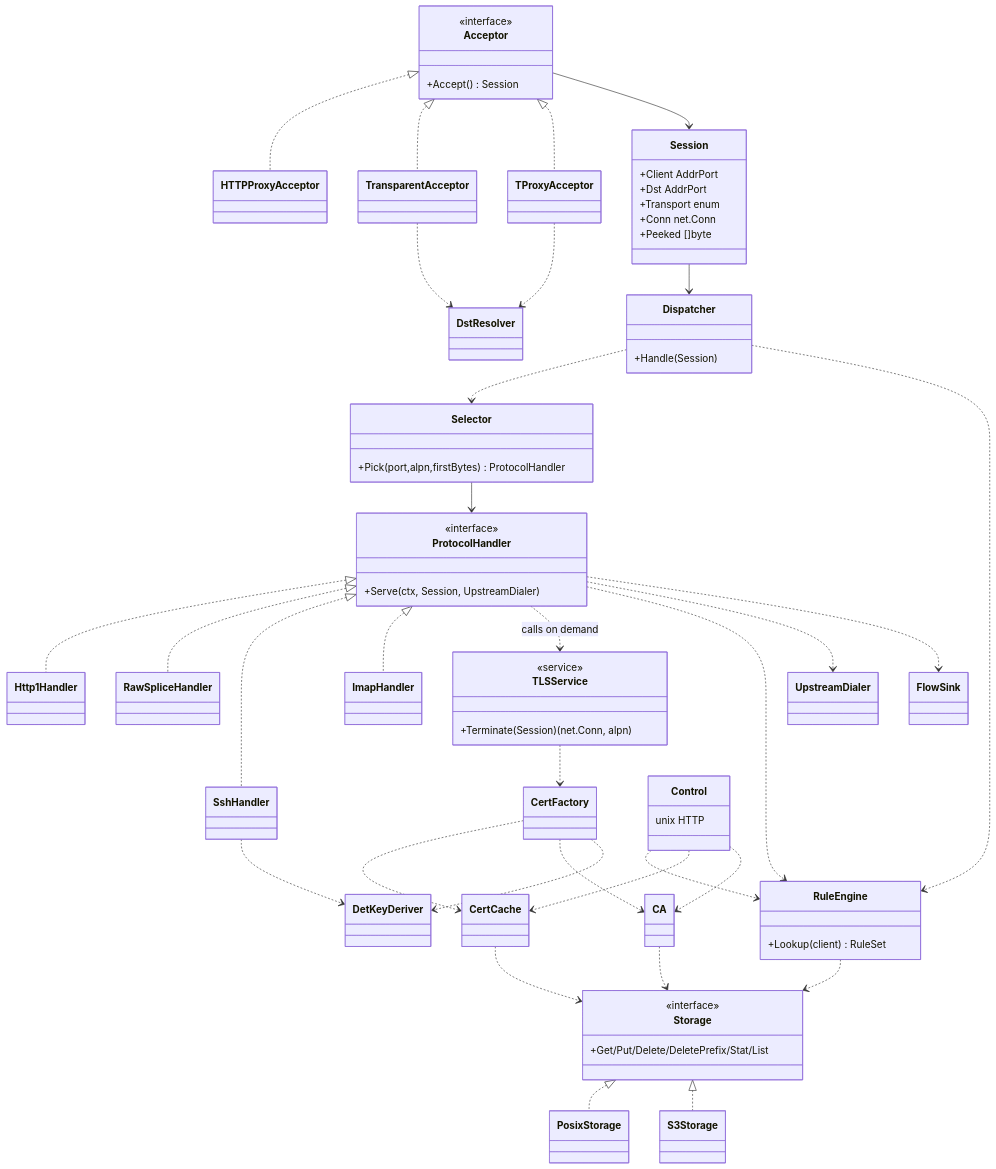
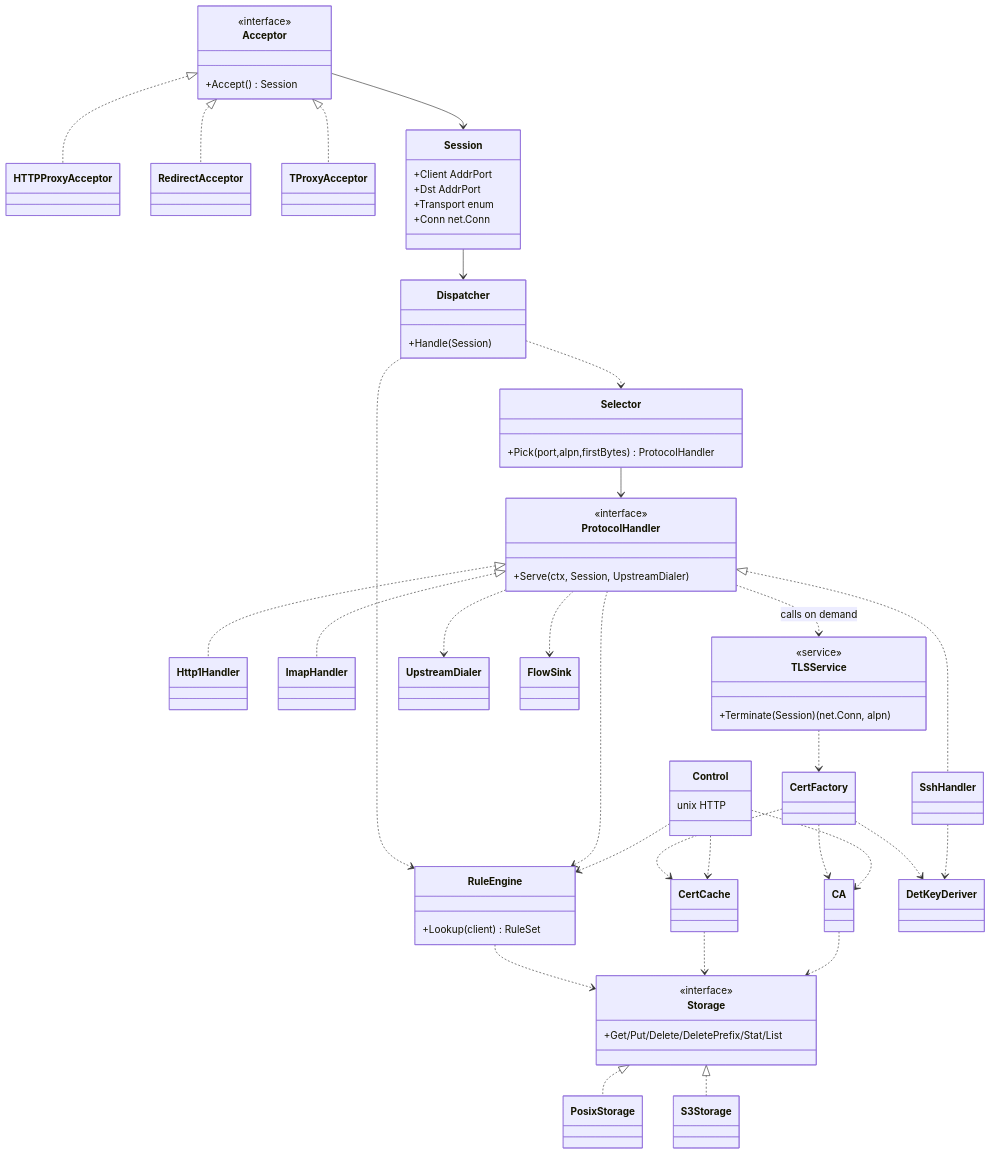
The diagram in DESIGN.md (mosquito/mitmania), drawn with Mermaid before and after one commit. The commit also changed other lines of this file and 26 other files, not shown here.

````diff
--- a/DESIGN.md
+++ b/DESIGN.md
@@ -23,70 +23,65 @@
 ```mermaid
 classDiagram
     class Acceptor {
         <<interface>>
         +Accept() Session
     }
     class HTTPProxyAcceptor
-    class TransparentAcceptor
+    class RedirectAcceptor
     class TProxyAcceptor
     Acceptor <|.. HTTPProxyAcceptor
-    Acceptor <|.. TransparentAcceptor
+    Acceptor <|.. RedirectAcceptor
     Acceptor <|.. TProxyAcceptor
-    TransparentAcceptor ..> DstResolver
-    TProxyAcceptor ..> DstResolver
     class Session {
         +Client AddrPort
         +Dst AddrPort
         +Transport enum
         +Conn net.Conn
-        +Peeked []byte
     }
     Acceptor --> Session
     class Dispatcher { +Handle(Session) }
     Dispatcher ..> Selector
     Dispatcher ..> RuleEngine
     Session --> Dispatcher
     class Selector { +Pick(port,alpn,firstBytes) ProtocolHandler }
     class ProtocolHandler {
         <<interface>>
         +Serve(ctx, Session, UpstreamDialer)
     }
     Selector --> ProtocolHandler
     class Http1Handler
-    class RawSpliceHandler
     class SshHandler
     class ImapHandler
     ProtocolHandler <|.. Http1Handler
-    ProtocolHandler <|.. RawSpliceHandler
     ProtocolHandler <|.. SshHandler
     ProtocolHandler <|.. ImapHandler
     class TLSService {
         <<service>>
         +Terminate(Session) (net.Conn, alpn)
     }
     ProtocolHandler ..> TLSService : calls on demand
     ProtocolHandler ..> RuleEngine
     ProtocolHandler ..> UpstreamDialer
     ProtocolHandler ..> FlowSink
     TLSService ..> CertFactory
     CertFactory ..> CertCache
     CertFactory ..> CA
     CertFactory ..> DetKeyDeriver
     SshHandler ..> DetKeyDeriver
     class RuleEngine { +Lookup(client) RuleSet }
     class Storage {
         <<interface>>
         +Get/Put/Delete/DeletePrefix/Stat/List
     }
     RuleEngine ..> Storage
     CertCache ..> Storage
     CA ..> Storage
     class PosixStorage
     class S3Storage
     Storage <|.. PosixStorage
     Storage <|.. S3Storage
     class Control { unix HTTP }
     Control ..> RuleEngine
     Control ..> CertCache
     Control ..> CA
 ```
````
